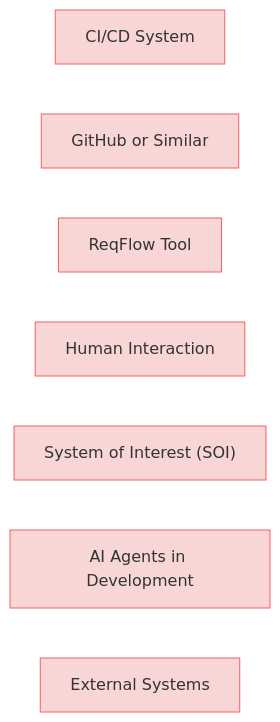
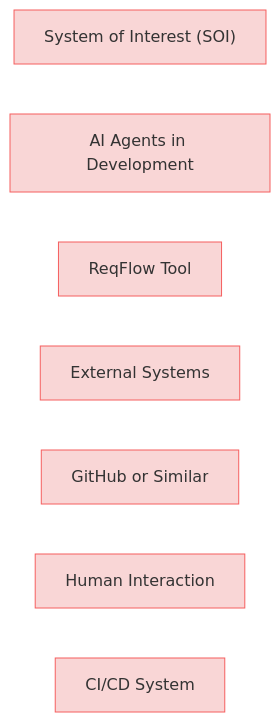
Before and after one commit to reqvire-org/reqvire: the diagram in specifications/Usecases.md, drawn with Mermaid. The commit also changed other lines of this file and 19 other files, not shown here.

````diff
--- a/specifications/Usecases.md
+++ b/specifications/Usecases.md
@@ -5,30 +5,30 @@
 ```mermaid
 graph LR;
   %% Graph styling
   classDef requirement fill:#f9d6d6,stroke:#f55f5f,stroke-width:1px;
   classDef verification fill:#d6f9d6,stroke:#5fd75f,stroke-width:1px;
   classDef externalLink fill:#d0e0ff,stroke:#3080ff,stroke-width:1px;
   classDef default fill:#f5f5f5,stroke:#333333,stroke-width:1px;
 
-  2e9c51c95d["CI/CD System"];
-  click 2e9c51c95d "Usecases.md#ci/cd-system";
-  class 2e9c51c95d requirement;
-  1df1330ea0["GitHub or Similar"];
-  click 1df1330ea0 "Usecases.md#github-or-similar";
-  class 1df1330ea0 requirement;
-  d5b0f3d359["ReqFlow Tool"];
-  click d5b0f3d359 "Usecases.md#reqflow-tool";
-  class d5b0f3d359 requirement;
-  42704f2447["Human Interaction"];
-  click 42704f2447 "Usecases.md#human-interaction";
-  class 42704f2447 requirement;
   86fecce1d6["System of Interest (SOI)"];
   click 86fecce1d6 "Usecases.md#system-of-interest-soi";
   class 86fecce1d6 requirement;
   e17b2dcca4["AI Agents in Development"];
   click e17b2dcca4 "Usecases.md#ai-agents-in-development";
   class e17b2dcca4 requirement;
+  d5b0f3d359["ReqFlow Tool"];
+  click d5b0f3d359 "Usecases.md#reqflow-tool";
+  class d5b0f3d359 requirement;
   c8dea69e6b["External Systems"];
   click c8dea69e6b "Usecases.md#external-systems";
   class c8dea69e6b requirement;
+  1df1330ea0["GitHub or Similar"];
+  click 1df1330ea0 "Usecases.md#github-or-similar";
+  class 1df1330ea0 requirement;
+  42704f2447["Human Interaction"];
+  click 42704f2447 "Usecases.md#human-interaction";
+  class 42704f2447 requirement;
+  2e9c51c95d["CI/CD System"];
+  click 2e9c51c95d "Usecases.md#ci/cd-system";
+  class 2e9c51c95d requirement;
 ```
````
